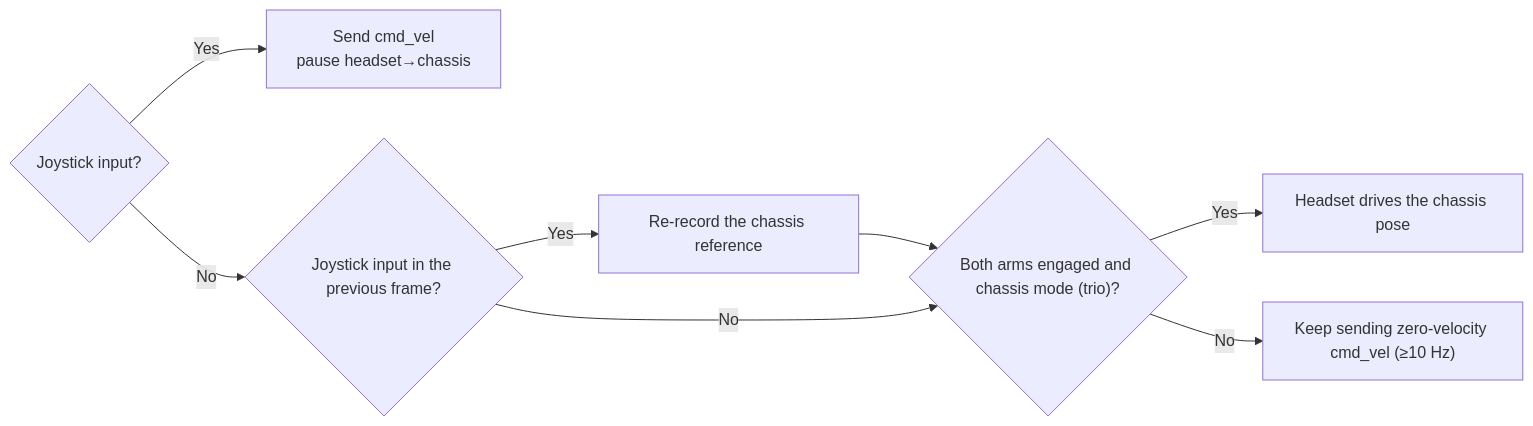
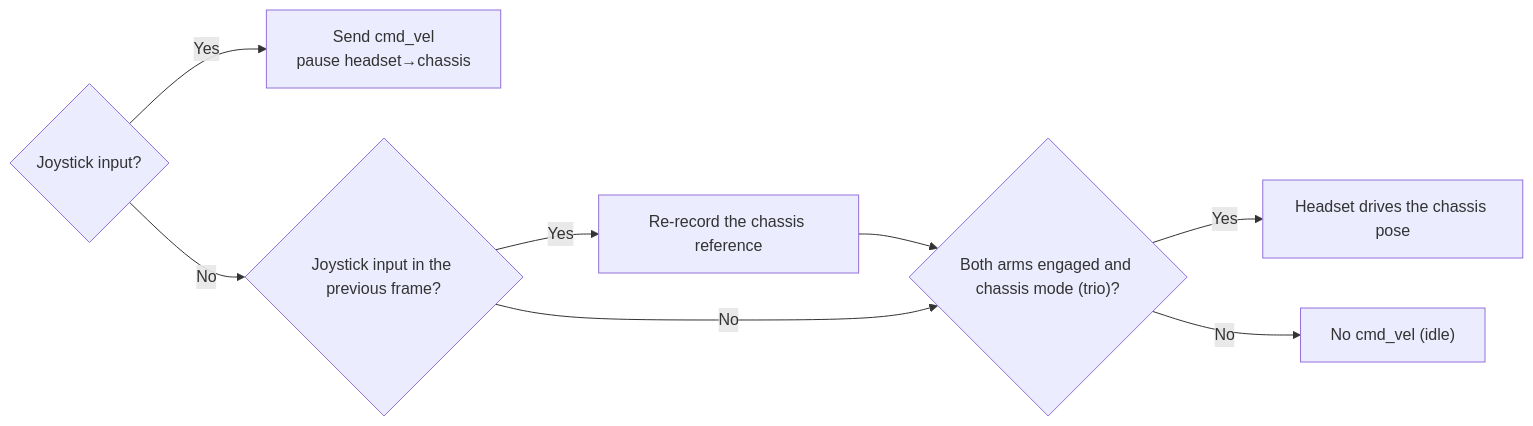
The fourth of 6 diagrams in lookie_teleop/docs/vr_teleop_dev_design.md (AgilexOpensource/lookie_ros), drawn with Mermaid before and after one commit. The commit also changed other lines of this file and 4 other files, not shown here.

First line of the commit message:
Teleop: stay silent on the chassis velocity topic while idle

````diff
--- a/lookie_teleop/docs/vr_teleop_dev_design.md
+++ b/lookie_teleop/docs/vr_teleop_dev_design.md
@@ -218,9 +218,9 @@
 ```mermaid
 flowchart LR
     S{"Joystick input?"} -- "Yes" --> J["Send cmd_vel<br/>pause headset→chassis"]
     S -- "No" --> W{"Joystick input in the previous frame?"}
     W -- "Yes" --> R["Re-record the chassis reference"] --> H
     W -- "No" --> H{"Both arms engaged and chassis mode (trio)?"}
     H -- "Yes" --> P["Headset drives the chassis pose"]
-    H -- "No" --> Z["Keep sending zero-velocity cmd_vel (≥10 Hz)"]
+    H -- "No" --> Z["No cmd_vel (idle)"]
 ```
````
